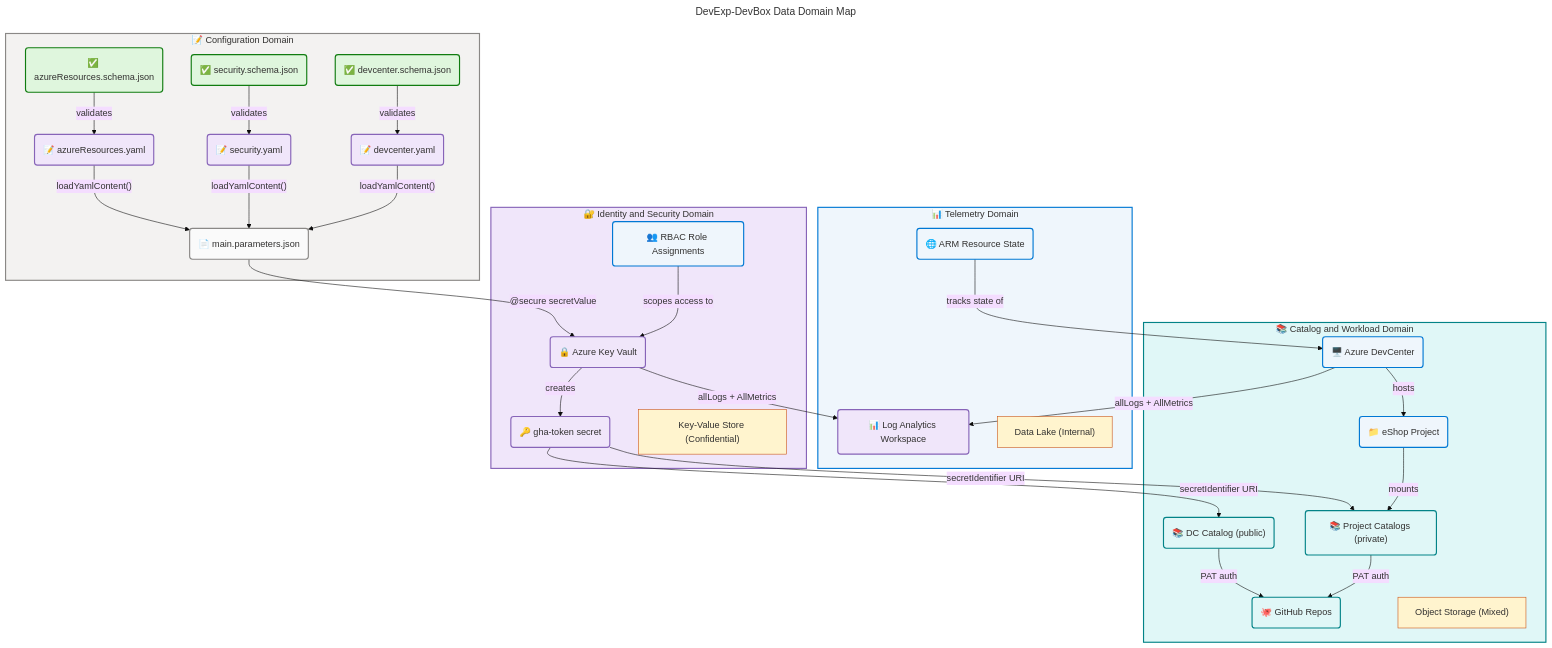
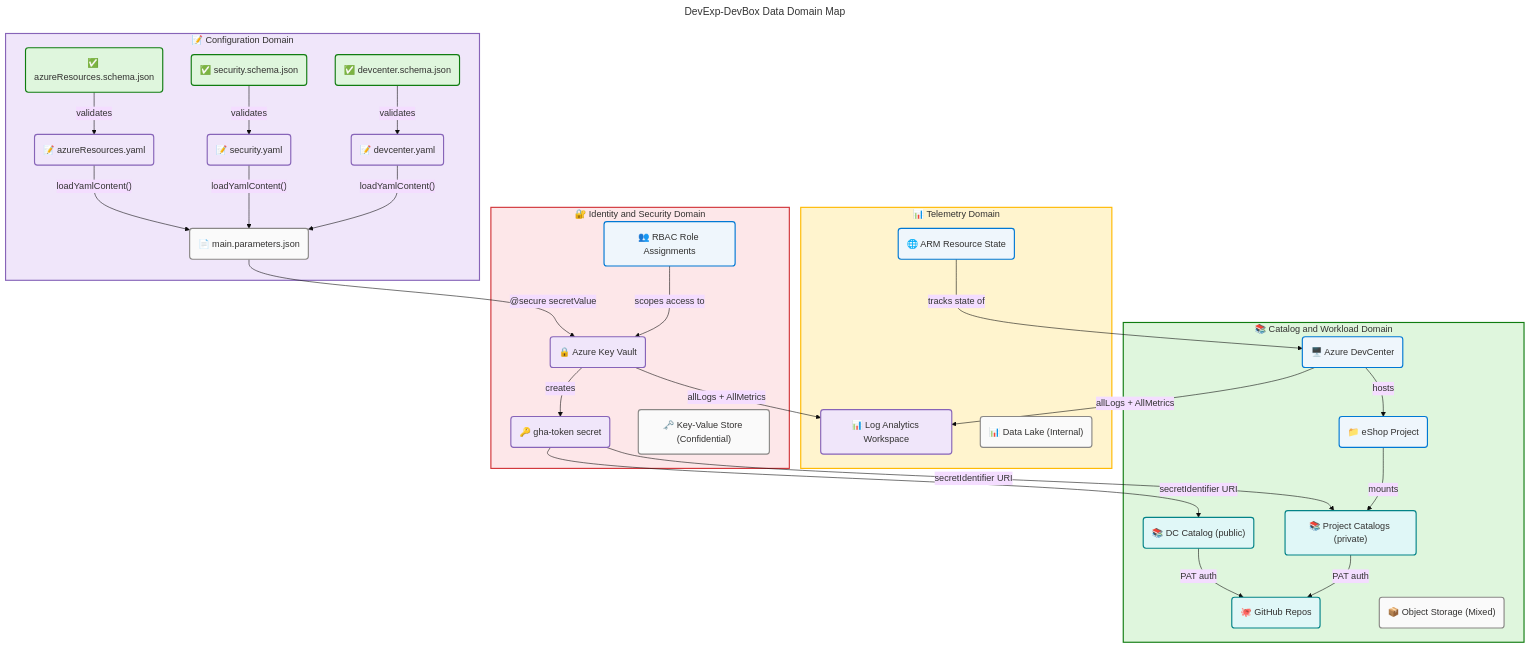
The first of 5 diagrams in docs/architecture/data-architecture.md (Evilazaro/DevExp-DevBox), drawn with Mermaid before and after one commit. The commit also changed other lines of this file, not shown here.

Commit message:
refactor: Remove data quality scorecard and coverage summary for improved clarity in data architecture documentation

````diff
--- a/docs/architecture/data-architecture.md
+++ b/docs/architecture/data-architecture.md
@@ -295,13 +273,13 @@
         kv("🔒 Azure Key Vault"):::data
         secret("🔑 gha-token secret"):::data
         rbac("👥 RBAC Role Assignments"):::core
-        kvTier["Key-Value Store (Confidential)"]:::tier
+        kvTier("🗝️ Key-Value Store (Confidential)"):::neutral
     end
 
     subgraph telemetryDomain["📊 Telemetry Domain"]
         law("📊 Log Analytics Workspace"):::data
         armState("🌐 ARM Resource State"):::core
-        lakeTier["Data Lake (Internal)"]:::tier
+        lakeTier("📊 Data Lake (Internal)"):::neutral
     end
 
     subgraph catalogDomain["📚 Catalog and Workload Domain"]
@@ -310,7 +288,7 @@
         dcCat("📚 DC Catalog (public)"):::external
         projCat("📚 Project Catalogs (private)"):::external
         gitHub("🐙 GitHub Repos"):::external
-        gitTier["Object Storage (Mixed)"]:::tier
+        gitTier("📦 Object Storage (Mixed)"):::neutral
     end
 
     schema1 -->|"validates"| yaml1
@@ -338,11 +316,10 @@
     classDef success fill:#DFF6DD,stroke:#107C10,stroke-width:2px,color:#323130
     classDef external fill:#E0F7F7,stroke:#038387,stroke-width:2px,color:#323130
     classDef neutral fill:#FAFAFA,stroke:#8A8886,stroke-width:2px,color:#323130
-    classDef tier fill:#FFF4CE,stroke:#CA5010,stroke-width:1px,color:#323130
 
-    %% Subgraph style directives
-    style configDomain fill:#F3F2F1,stroke:#8A8886,stroke-width:2px,color:#323130
-    style securityDomain fill:#F0E6FA,stroke:#8764B8,stroke-width:2px,color:#323130
-    style telemetryDomain fill:#EFF6FC,stroke:#0078D4,stroke-width:2px,color:#323130
-    style catalogDomain fill:#E0F7F7,stroke:#038387,stroke-width:2px,color:#323130
+    %% Subgraph style directives (MRM-C001: functional siblings use distinct semantic colors)
+    style configDomain fill:#F0E6FA,stroke:#8764B8,stroke-width:2px,color:#323130
+    style securityDomain fill:#FDE7E9,stroke:#D13438,stroke-width:2px,color:#323130
+    style telemetryDomain fill:#FFF4CE,stroke:#FFB900,stroke-width:2px,color:#323130
+    style catalogDomain fill:#DFF6DD,stroke:#107C10,stroke-width:2px,color:#323130
 ```
````
